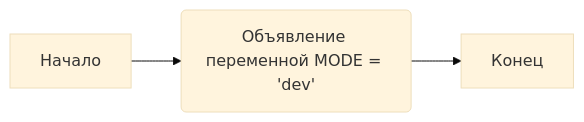
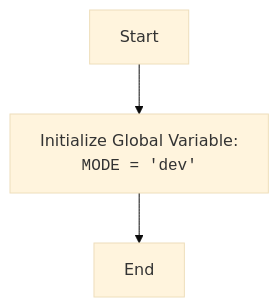
Before and after one commit to hypo69/hypo: the diagram in docs/gemini/ru/explainer/src/ai/myai/traffic_light.py.md, drawn with Mermaid (base theme). The commit also changed other lines of this file and 3338 other files, not shown here.

````diff
--- a/docs/gemini/ru/explainer/src/ai/myai/traffic_light.py.md
+++ b/docs/gemini/ru/explainer/src/ai/myai/traffic_light.py.md
@@ -17,5 +9,5 @@
 ```mermaid
-graph LR
-    A[Начало] --> B(Объявление переменной MODE = 'dev');
-    B --> C[Конец];
+flowchart TD
+    Start --> InitializeMode[Initialize Global Variable:<br><code>MODE = 'dev'</code>]
+    InitializeMode --> End
 ```
````
